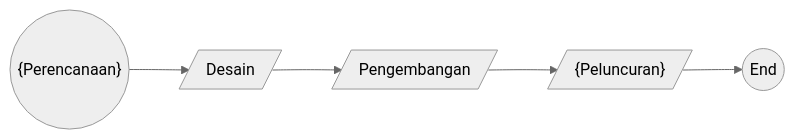
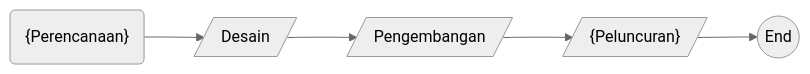
Before and after one commit to birongzah/lecture-notes: the diagram in content/notes/xx1000/hello-world.md, drawn with Mermaid (neutral theme). The commit also changed other lines of this file, not shown here.

```diff
--- a/content/notes/xx1000/hello-world.md
+++ b/content/notes/xx1000/hello-world.md
@@ -16,12 +16,12 @@
 {{< mermaid >}}
 flowchart LR
-  B(("{Perencanaan}"))
+  B("{Perencanaan}")
   I[/"Desain"/]
   P[/"Pengembangan"/]
   O[/"{Peluncuran}"/]
   E(("End"))
   B --> I
   I --> P
   P --> O
   O --> E
 {{< /mermaid >}}
```
